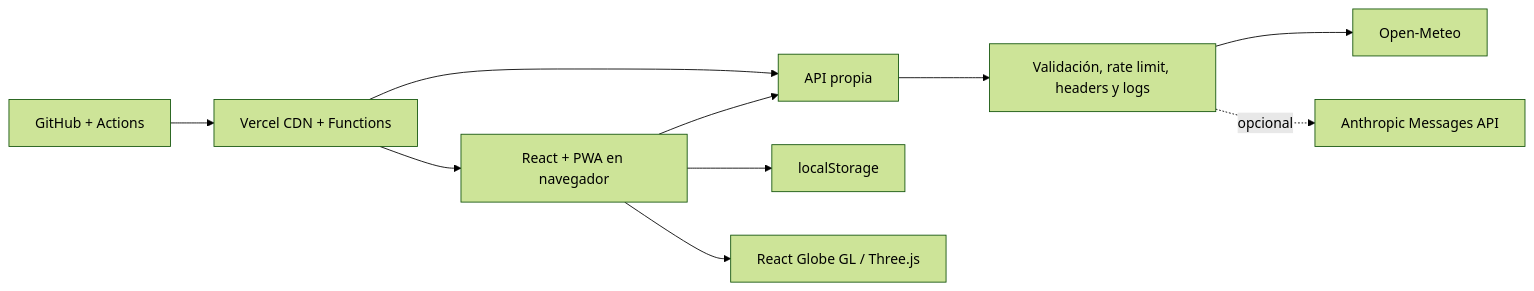
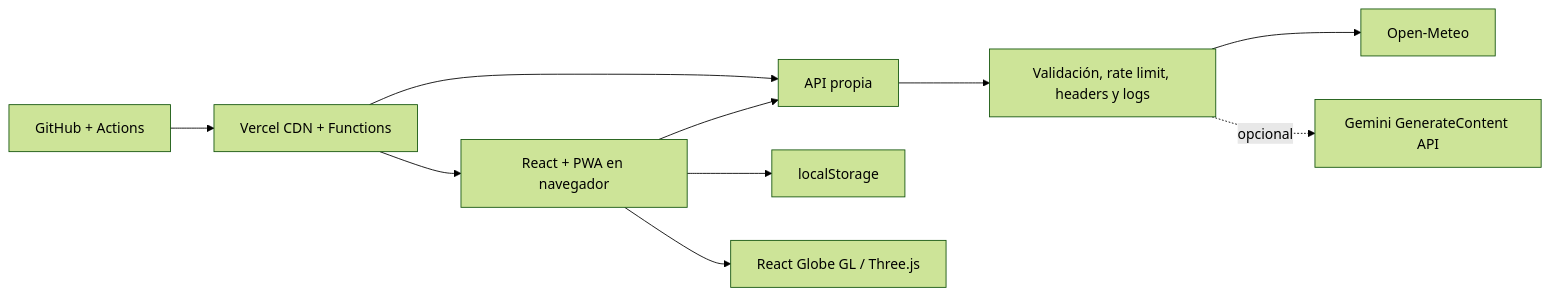
One commit to MauricioMurcia293847/AppWeb-Clima changed the second of 3 diagrams in README.md. Above: the diagram before and after it, drawn with Mermaid (forest theme). The commit also changed other lines of this file and 13 other files, not shown here.

````diff
--- a/README.md
+++ b/README.md
@@ -65,12 +69,12 @@
 ```mermaid
 flowchart LR
     Browser["React + PWA en navegador"] --> API["API propia"]
     Browser --> Storage["localStorage"]
     Browser --> WebGL["React Globe GL / Three.js"]
     API --> Policy["Validación, rate limit, headers y logs"]
     Policy --> Meteo["Open-Meteo"]
-    Policy -. opcional .-> Claude["Anthropic Messages API"]
+    Policy -. opcional .-> Gemini["Gemini GenerateContent API"]
     GitHub["GitHub + Actions"] --> Vercel["Vercel CDN + Functions"]
     Vercel --> Browser
     Vercel --> API
 ```
````
